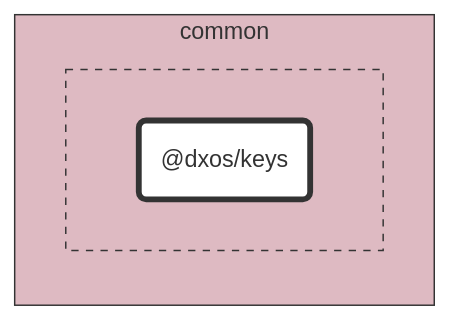
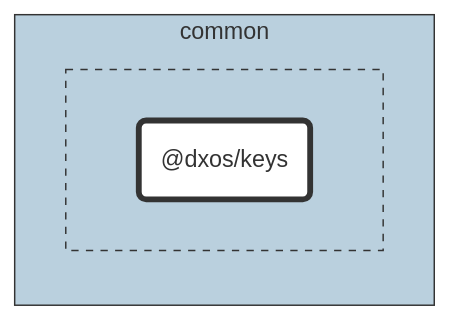
Before and after one commit to dxos/dxos: the diagram in packages/common/keys/docs/README.md, drawn with Mermaid. The commit also changed 86 other files, not shown here.

````diff
--- a/packages/common/keys/docs/README.md
+++ b/packages/common/keys/docs/README.md
@@ -7,24 +7,24 @@
 ```mermaid
 %%{ init: {'flowchart':{'curve':'basis'}} }%%
 
 flowchart LR
 
 %% Classes
 classDef def fill:#fff,stroke:#333,stroke-width:1px
 classDef root fill:#fff,stroke:#333,stroke-width:4px
 
 %% Nodes
 
 subgraph common [common]
-  style common fill:#debac2,stroke:#333
+  style common fill:#bad0de,stroke:#333
 
   subgraph _ [ ]
-    style _ fill:#debac2,stroke:#333,stroke-dasharray:5 5
+    style _ fill:#bad0de,stroke:#333,stroke-dasharray:5 5
     dxos/keys("@dxos/keys"):::root
     click dxos/keys "dxos/dxos/tree/main/packages/common/keys/docs"
   end
 end
 
 %% Links
 linkStyle default stroke:#333,stroke-width:1px
 ```
````
